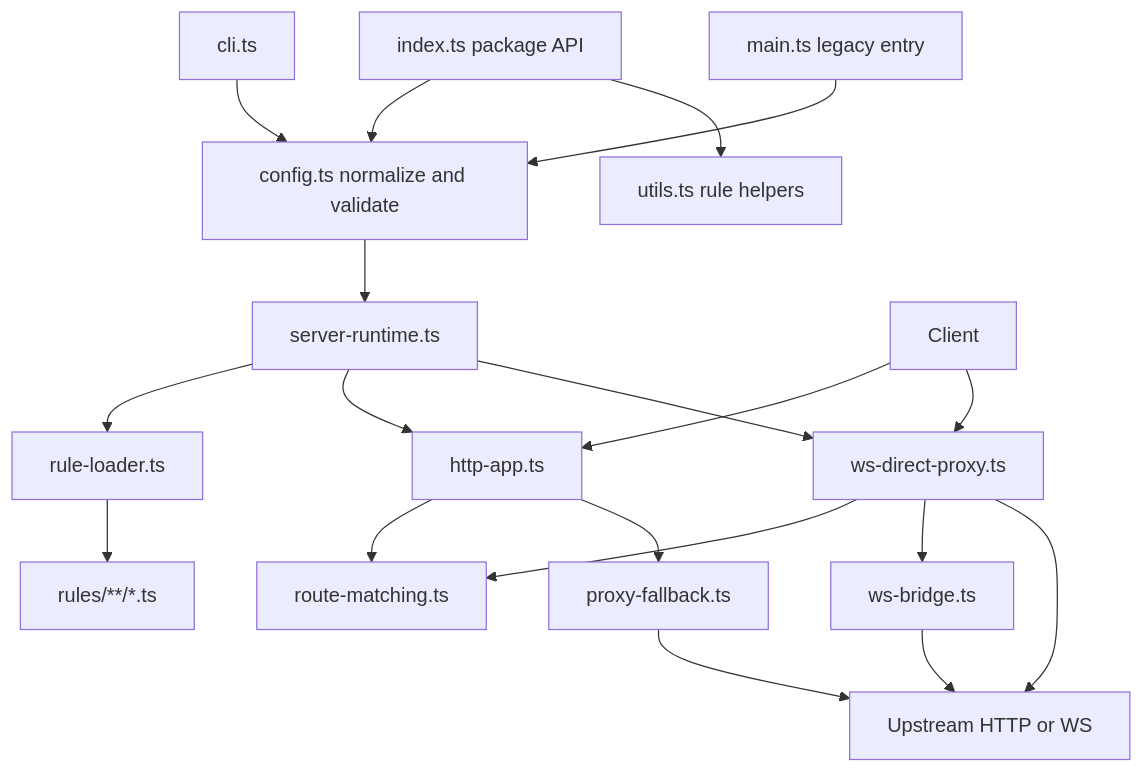
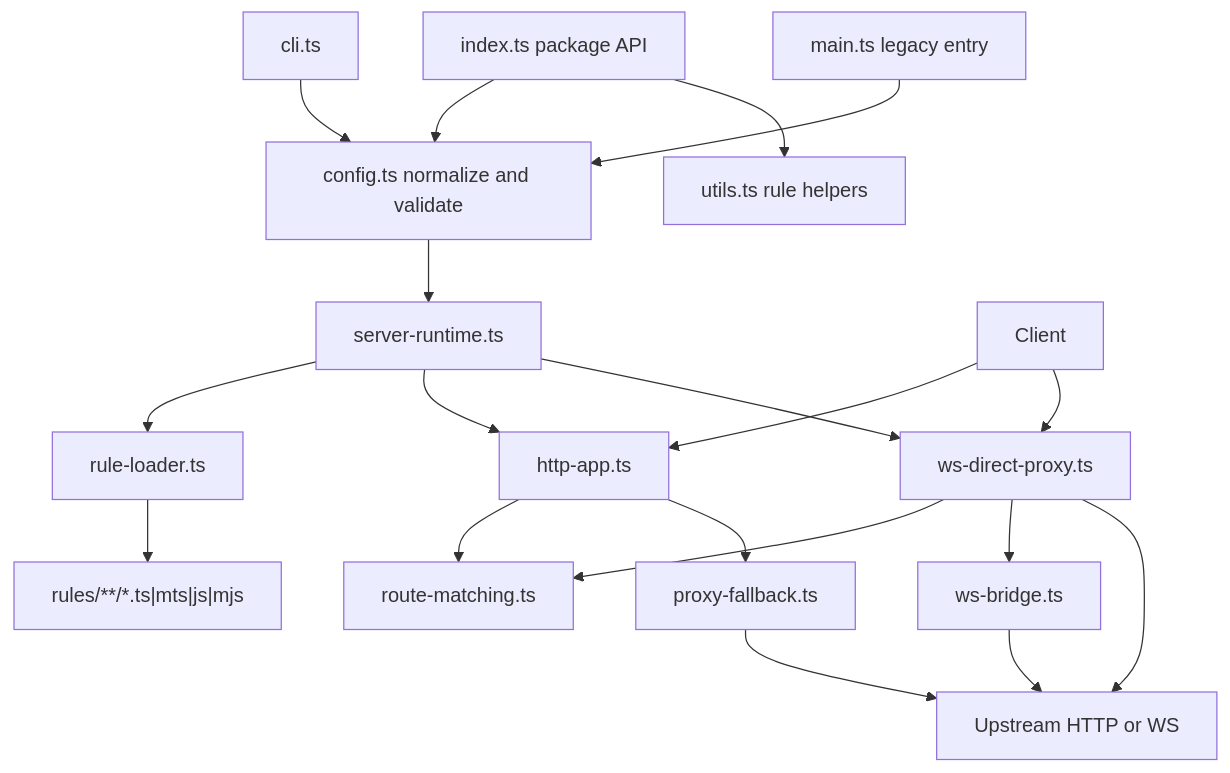
The first of 3 diagrams in docs/ARCHITECTURE.md (crescendolab-open/override-proxy), drawn with Mermaid before and after one commit. The commit also changed 6 other files, not shown here.

````diff
--- a/docs/ARCHITECTURE.md
+++ b/docs/ARCHITECTURE.md
@@ -7,37 +7,37 @@
 ```mermaid
 flowchart TB
   Index["index.ts package API"]
   CLI["cli.ts"]
   Main["main.ts legacy entry"]
   Config["config.ts normalize and validate"]
   Utils["utils.ts rule helpers"]
   Runtime["server-runtime.ts"]
   HttpApp["http-app.ts"]
   Loader["rule-loader.ts"]
   DirectWs["ws-direct-proxy.ts"]
   BridgeWs["ws-bridge.ts"]
   Routes["route-matching.ts"]
   Proxy["proxy-fallback.ts"]
-  Rules["rules/**/*.ts"]
+  Rules["rules/**/*.ts|mts|js|mjs"]
   Upstream["Upstream HTTP or WS"]
   Client["Client"]
 
   Index --> Config
   Index --> Utils
   CLI --> Config
   Main --> Config
   Config --> Runtime
   Runtime --> Loader
   Loader --> Rules
   Runtime --> HttpApp
   Runtime --> DirectWs
   HttpApp --> Routes
   HttpApp --> Proxy
   DirectWs --> Routes
   DirectWs --> BridgeWs
   Proxy --> Upstream
   DirectWs --> Upstream
   BridgeWs --> Upstream
   Client --> HttpApp
   Client --> DirectWs
 ```
````
